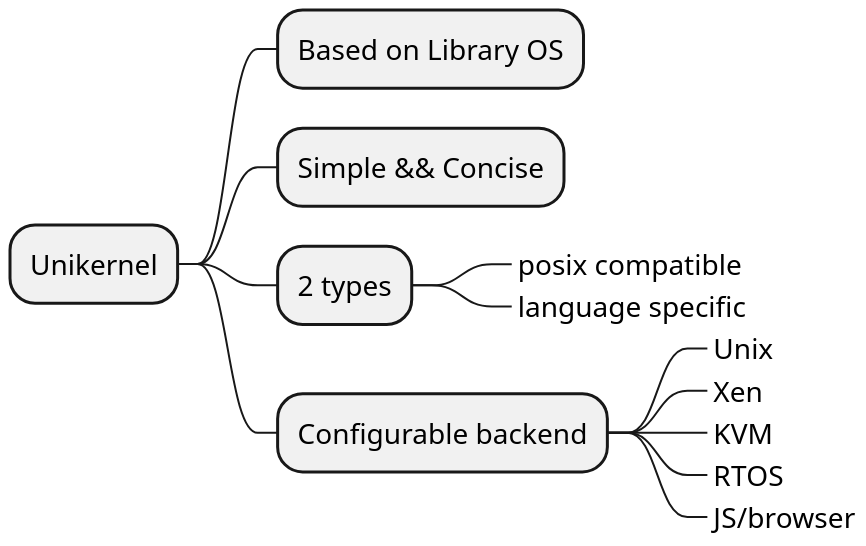
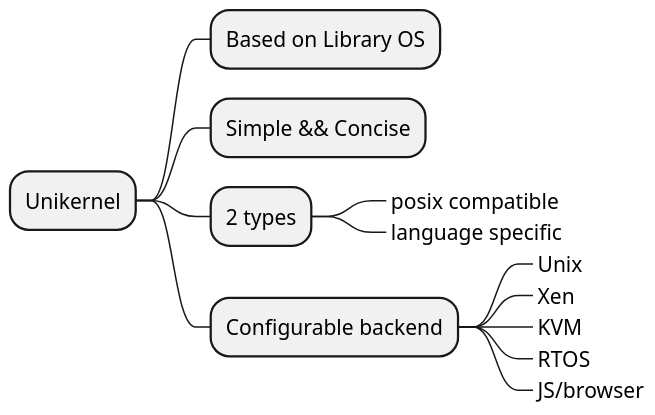
One commit to doyu/elc2019 changed the diagram in summary-unikernel.puml. Above: the diagram before and after it, drawn with PlantUML. The commit also changed 5 other files, not shown here.

```diff
--- a/summary-unikernel.puml
+++ b/summary-unikernel.puml
@@ -1,15 +1,15 @@
 @startmindmap
-scale 2.0
+scale 1.5
 * Unikernel
 ** Based on Library OS
 ** Simple && Concise
 ** 2 types
 ***_ posix compatible
 ***_ language specific
 ** Configurable backend
 ***_ Unix
 ***_ Xen
 ***_ KVM
 ***_ RTOS
 ***_ JS/browser
 @endmindmap
```
